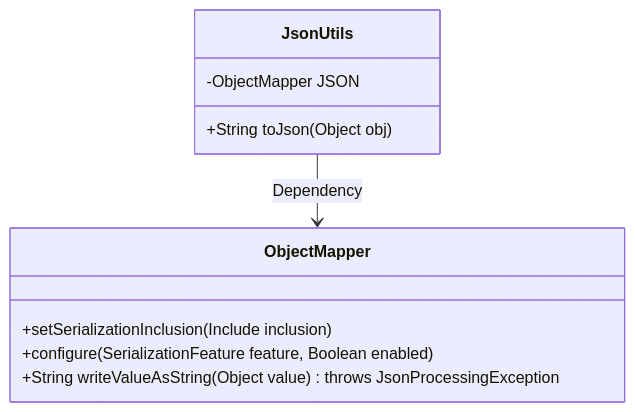
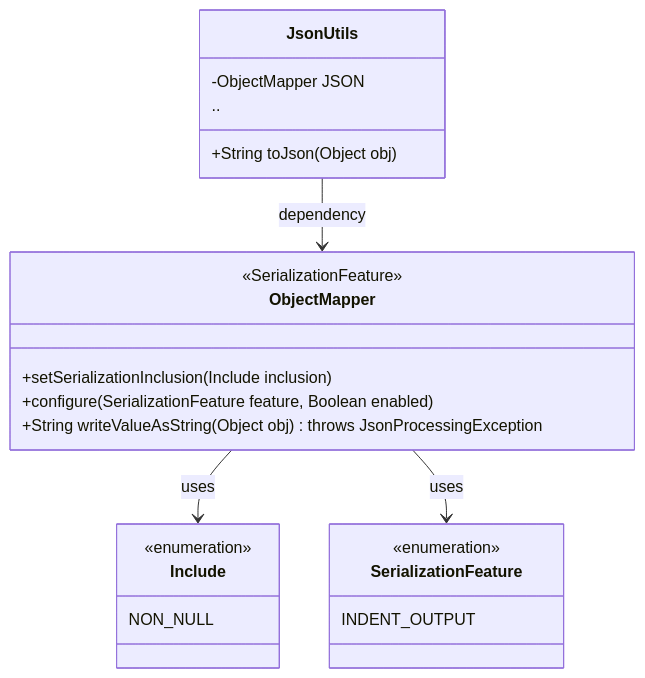
The first of 2 diagrams in docs/en/docs/src/main/java/com/github/binarywang/demo/wx/miniapp/utils/JsonUtils.md (v-wjrong/rongwj666_weixin-java-miniapp-demo), drawn with Mermaid before and after one commit. The commit also changed other lines of this file and 47 other files, not shown here.

````diff
--- a/docs/en/docs/src/main/java/com/github/binarywang/demo/wx/miniapp/utils/JsonUtils.md
+++ b/docs/en/docs/src/main/java/com/github/binarywang/demo/wx/miniapp/utils/JsonUtils.md
@@ -37,15 +36,25 @@
 ```mermaid
 classDiagram
     class JsonUtils {
         -ObjectMapper JSON
+        ..
         +String toJson(Object obj)
     }
-
     class ObjectMapper {
+        <<SerializationFeature>>
         +setSerializationInclusion(Include inclusion)
         +configure(SerializationFeature feature, Boolean enabled)
-        +String writeValueAsString(Object value) throws JsonProcessingException
+        +String writeValueAsString(Object obj) throws JsonProcessingException
     }
-
-    JsonUtils --> ObjectMapper : Dependency
+    class Include {
+        <<enumeration>>
+        NON_NULL
+    }
+    class SerializationFeature {
+        <<enumeration>>
+        INDENT_OUTPUT
+    }
+    JsonUtils --> ObjectMapper : dependency
+    ObjectMapper --> Include : uses
+    ObjectMapper --> SerializationFeature : uses
 ```
````
